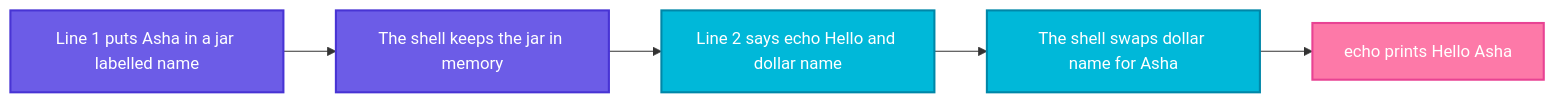
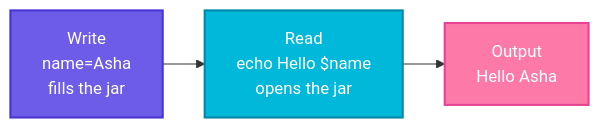
The diagram in shell-script/02-variables.md (codeKerdosTech/DevOps-Documentation), drawn with Mermaid before and after one commit. The commit also changed other lines of this file and 10 other files, not shown here.

````diff
--- a/shell-script/02-variables.md
+++ b/shell-script/02-variables.md
@@ -44,14 +46,13 @@
 ```mermaid
+%%{init: {"flowchart": {"nodeSpacing": 30, "rankSpacing": 40}}}%%
 flowchart LR
-    A["Line 1 puts Asha in a jar labelled name"] --> B["The shell keeps the jar in memory"]
-    B --> C["Line 2 says echo Hello and dollar name"]
-    C --> D["The shell swaps dollar name for Asha"]
-    D --> E["echo prints Hello Asha"]
+    A["Write<br/>name=Asha<br/>fills the jar"] --> B["Read<br/>echo Hello $name<br/>opens the jar"] --> C["Output<br/>Hello Asha"]
     classDef start fill:#6C5CE7,stroke:#4834D4,stroke-width:2px,color:#fff
     classDef proc fill:#00B8D9,stroke:#0087A8,stroke-width:2px,color:#fff
+    classDef dec fill:#FFC312,stroke:#E1A100,stroke-width:2px,color:#222
     classDef ok fill:#2ECC71,stroke:#1E8449,stroke-width:2px,color:#fff
     classDef out fill:#FD79A8,stroke:#E84393,stroke-width:2px,color:#fff
-    class A,B start
-    class C,D proc
-    class E out
+    class A start
+    class B proc
+    class C out
 ```
````
